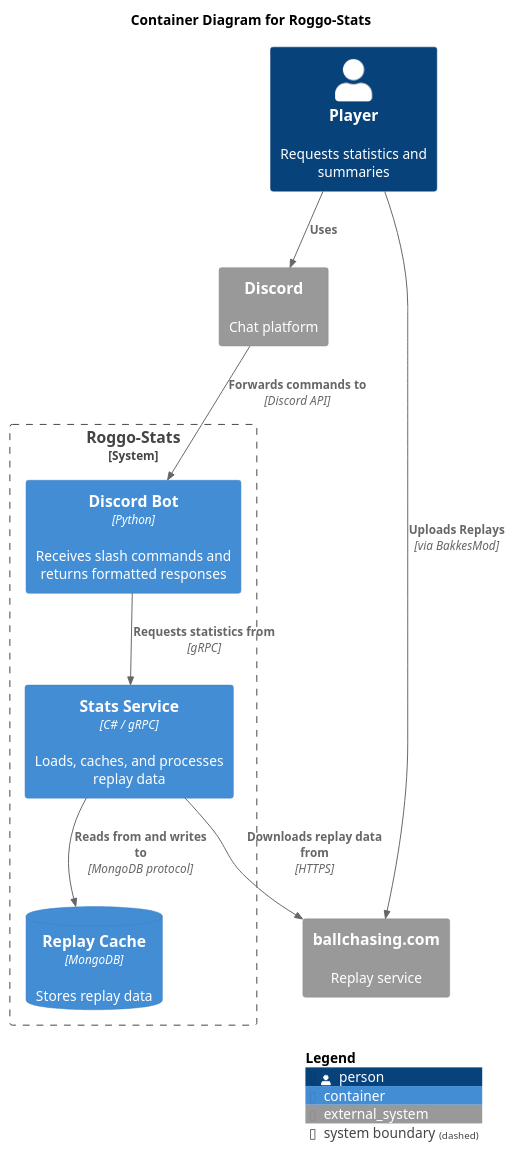
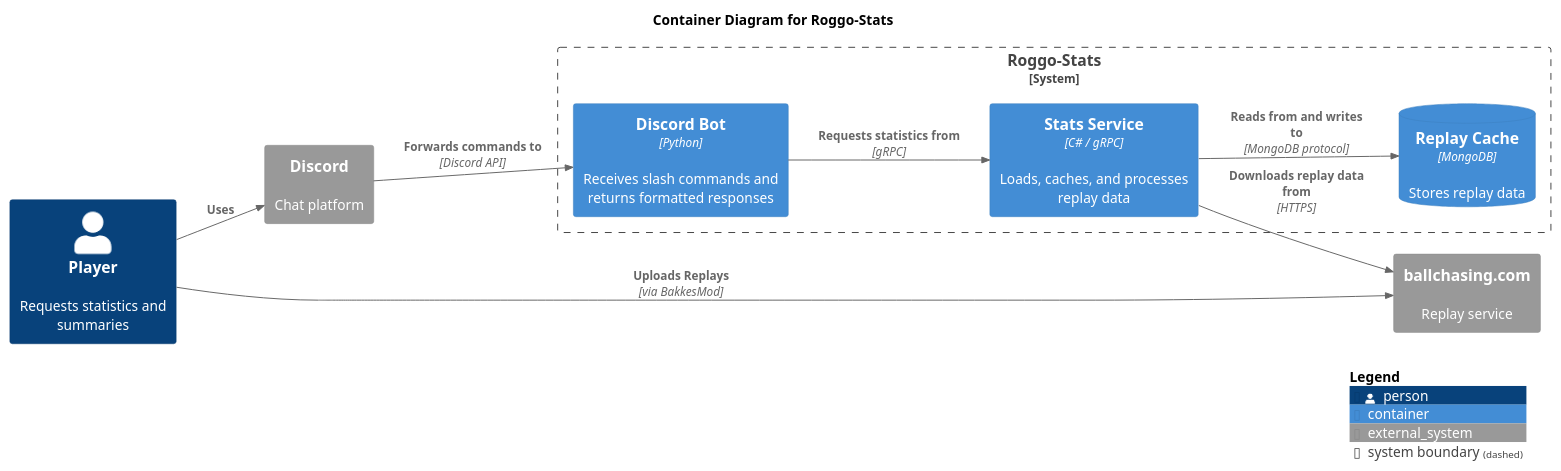
The diagram in Docs/containers.puml (Fruduruk/Roggo-Stats), drawn with PlantUML before and after one commit. The commit also changed 3 other files, not shown here.

Commit message:
diagrams

```diff
--- a/Docs/containers.puml
+++ b/Docs/containers.puml
@@ -1,26 +1,27 @@
 @startuml
-!include <C4/C4_Container>
+!include https://raw.githubusercontent.com/plantuml-stdlib/C4-PlantUML/master/C4_Container.puml
+
 
 title Container Diagram for Roggo-Stats
-' LAYOUT_LEFT_RIGHT()
+LAYOUT_LEFT_RIGHT()
 
 Person(player, "Player", "Requests statistics and summaries")
 
 System_Ext(discord, "Discord", "Chat platform")
 System_Ext(ballchasing, "ballchasing.com", "Replay service")
 
 System_Boundary(roggo, "Roggo-Stats") {
     Container(bot, "Discord Bot", "Python", "Receives slash commands and returns formatted responses")
     Container(api, "Stats Service", "C# / gRPC", "Loads, caches, and processes replay data")
     ContainerDb(db, "Replay Cache", "MongoDB", "Stores replay data")
 }
 
 Rel(player, discord, "Uses")
 Rel(discord, bot, "Forwards commands to", "Discord API")
 Rel(bot, api, "Requests statistics from", "gRPC")
 Rel(api, db, "Reads from and writes to", "MongoDB protocol")
 Rel(api, ballchasing, "Downloads replay data from", "HTTPS")
 Rel(player, ballchasing, "Uploads Replays","via BakkesMod")
 
 SHOW_LEGEND()
 @enduml
```
